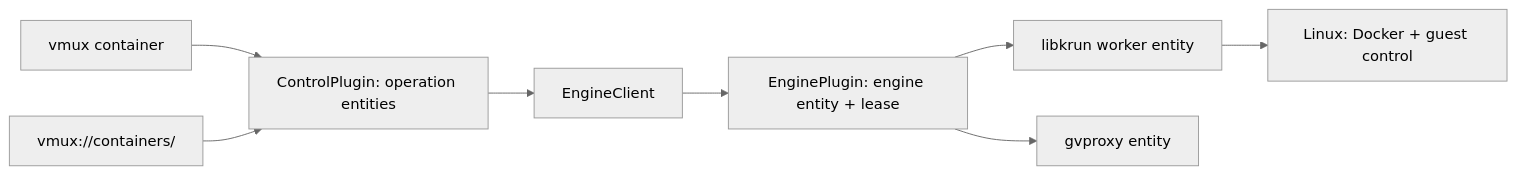
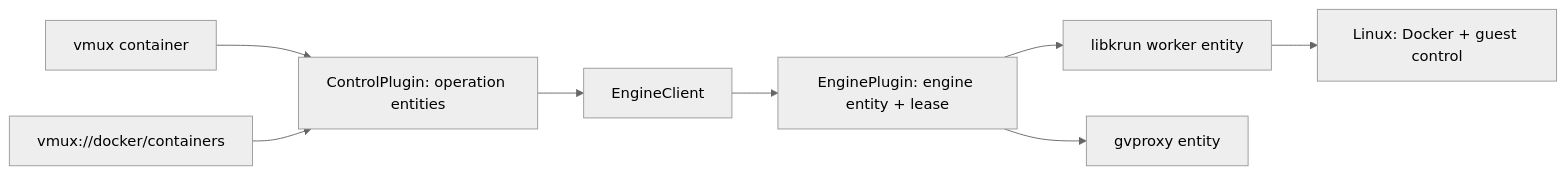
Diagram 11 of 11 in docs/architecture.md (vmux-ai/vmux), drawn with Mermaid (neutral theme) before and after one commit. The commit also changed other lines of this file and 22 other files, not shown here.

````diff
--- a/docs/architecture.md
+++ b/docs/architecture.md
@@ -1631,10 +1639,10 @@
 ```mermaid
 flowchart LR
     cli["vmux container"] --> control["ControlPlugin: operation entities"]
-    page["vmux://containers/"] --> control
+    page["vmux://docker/containers"] --> control
     control --> client["EngineClient"]
     client --> engine["EnginePlugin: engine entity + lease"]
     engine --> worker["libkrun worker entity"]
     engine --> network["gvproxy entity"]
     worker --> guest["Linux: Docker + guest control"]
 ```
````
